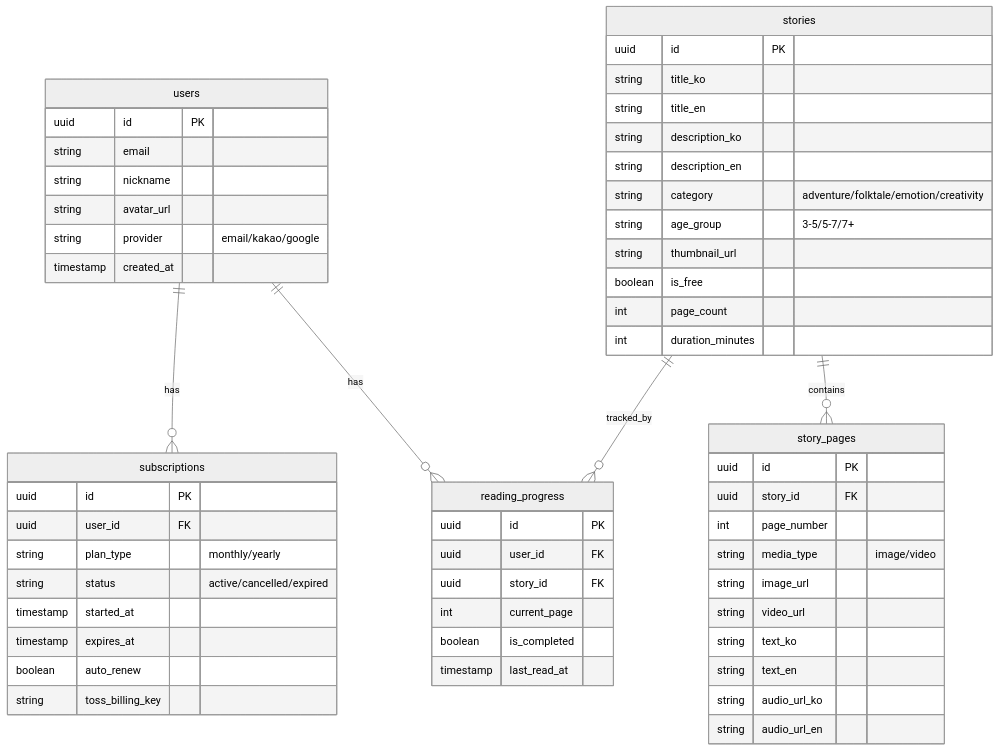
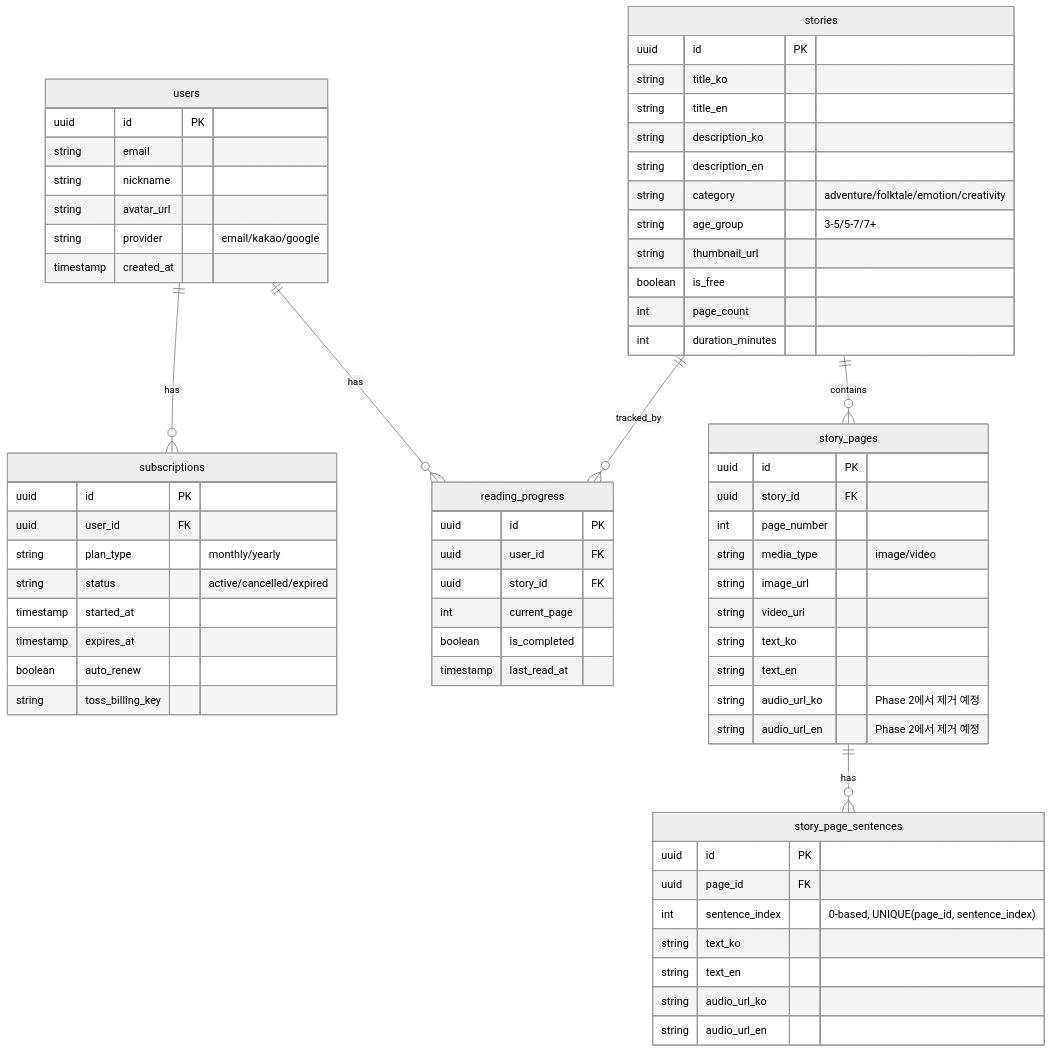
The second of 2 diagrams in CLAUDE.md (youngkim90/ddukddak-api), drawn with Mermaid (neutral theme) before and after one commit. The commit also changed other lines of this file and 9 other files, not shown here.

````diff
--- a/CLAUDE.md
+++ b/CLAUDE.md
@@ -167,63 +167,74 @@
 ```mermaid
 erDiagram
     users ||--o{ subscriptions : has
     users ||--o{ reading_progress : has
     stories ||--o{ story_pages : contains
+    story_pages ||--o{ story_page_sentences : has
     stories ||--o{ reading_progress : tracked_by
 
     users {
         uuid id PK
         string email
         string nickname
         string avatar_url
         string provider "email/kakao/google"
         timestamp created_at
     }
 
     stories {
         uuid id PK
         string title_ko
         string title_en
         string description_ko
         string description_en
         string category "adventure/folktale/emotion/creativity"
         string age_group "3-5/5-7/7+"
         string thumbnail_url
         boolean is_free
         int page_count
         int duration_minutes
     }
 
     story_pages {
         uuid id PK
         uuid story_id FK
         int page_number
         string media_type "image/video"
         string image_url
         string video_url
         string text_ko
         string text_en
+        string audio_url_ko "Phase 2에서 제거 예정"
+        string audio_url_en "Phase 2에서 제거 예정"
+    }
+
+    story_page_sentences {
+        uuid id PK
+        uuid page_id FK
+        int sentence_index "0-based, UNIQUE(page_id, sentence_index)"
+        string text_ko
+        string text_en
         string audio_url_ko
         string audio_url_en
     }
 
     subscriptions {
         uuid id PK
         uuid user_id FK
         string plan_type "monthly/yearly"
         string status "active/cancelled/expired"
         timestamp started_at
         timestamp expires_at
         boolean auto_renew
         string toss_billing_key
     }
 
     reading_progress {
         uuid id PK
         uuid user_id FK
         uuid story_id FK
         int current_page
         boolean is_completed
         timestamp last_read_at
     }
 ```
````
